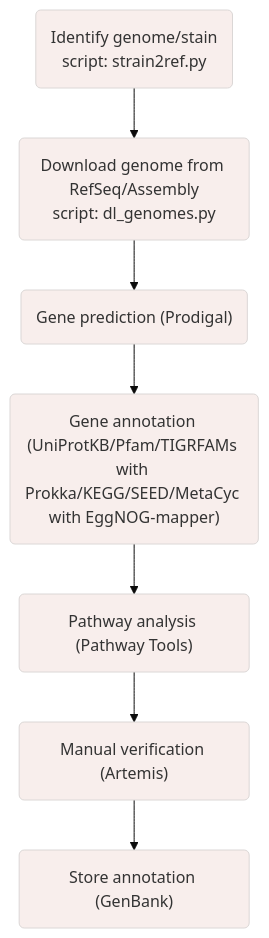
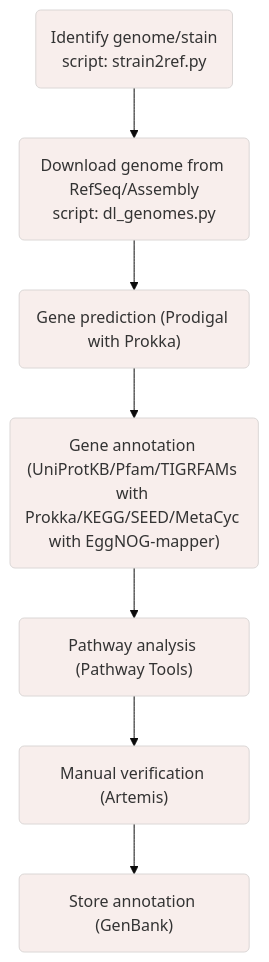
The diagram in README.md (MaximeNaour/GenoTools), drawn with Mermaid before and after one commit.

````diff
--- a/README.md
+++ b/README.md
@@ -3,16 +3,16 @@
 ```mermaid
 %%{init: {'theme': 'base', 'themeVariables': { 'primaryColor': '#f8eeec', 'edgeLabelBackground':'#ffffff'}}}%%
 
 flowchart TB;
 linkStyle default interpolate basis
 classDef exClass font-style:bold;
 classDef exClass font-size:16px;
 
 A("<font size=3>Identify genome/stain<br>script: strain2ref.py") --> B("<font size=3>Download genome from RefSeq/Assembly<br>script: dl_genomes.py");
-B --> C("<font size=3>Gene prediction (Prodigal)");
+B --> C("<font size=3>Gene prediction (Prodigal with Prokka)");
 C --> D("<font size=3>Gene annotation (UniProtKB/Pfam/TIGRFAMs with Prokka/KEGG/SEED/MetaCyc with EggNOG-mapper)");
 D --> E("<font size=3>Pathway analysis (Pathway Tools)");
 E --> F("<font size=3>Manual verification (Artemis)");
 F --> G("<font size=3>Store annotation (GenBank)");
 
 ```
````
